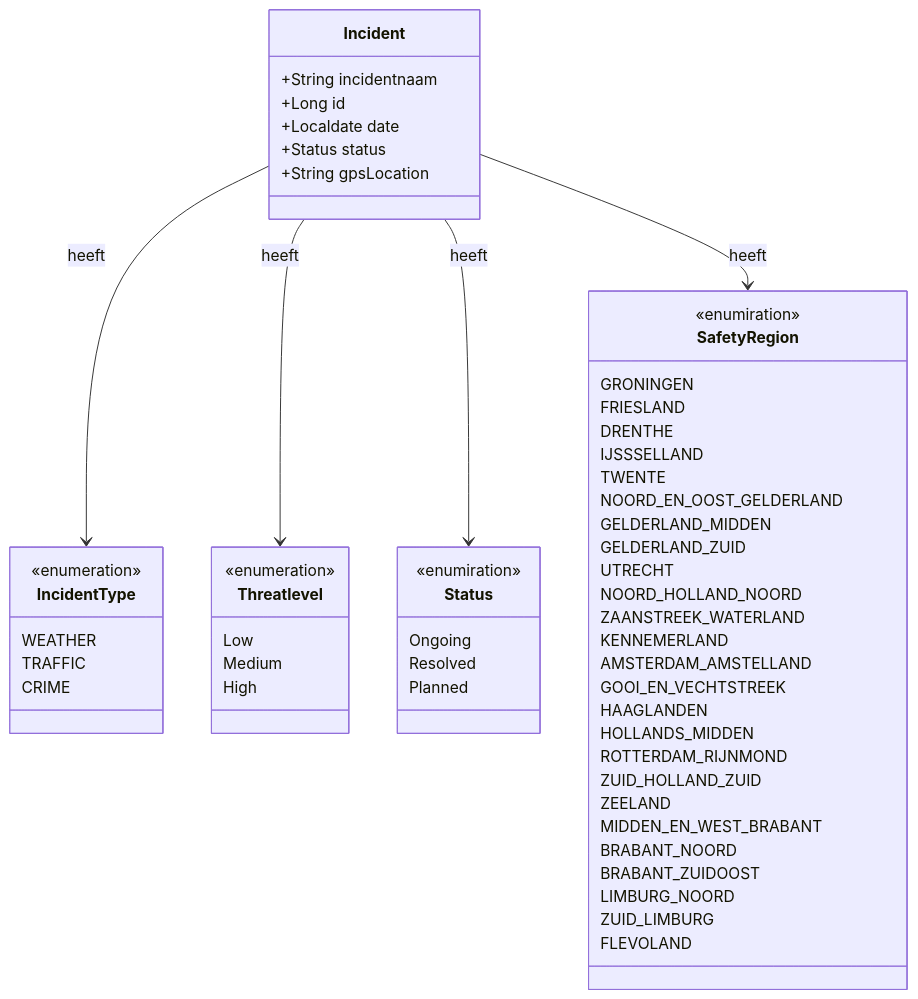
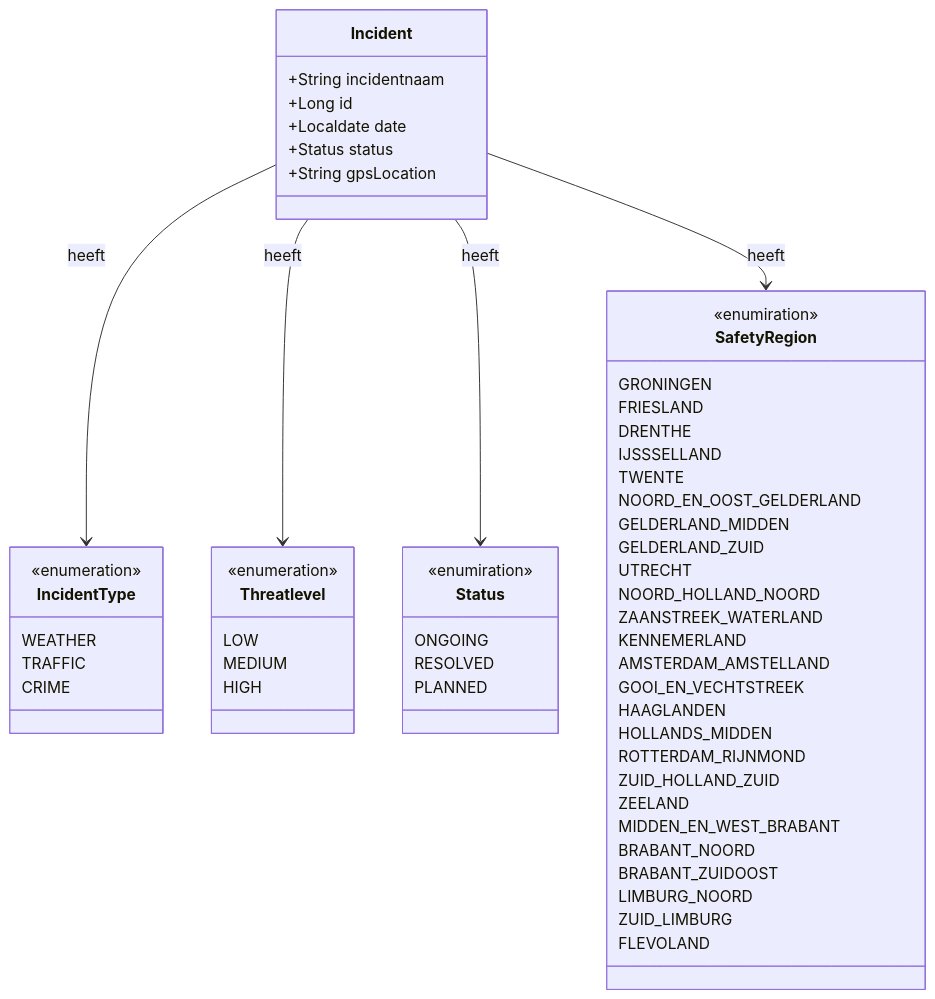
The diagram in documentatie/UML-diagram.md (Broken-Lad/Smart-city-incident-response-platform), drawn with Mermaid before and after one commit.

````diff
--- a/documentatie/UML-diagram.md
+++ b/documentatie/UML-diagram.md
@@ -1,65 +1,65 @@
 ```mermaid
 classDiagram
     class Incident {
         +String incidentnaam
         +Long id
         +Localdate date
         +Status status
         +String gpsLocation
     }
 
     class IncidentType {
         <<enumeration>> 
         WEATHER
         TRAFFIC
         CRIME
     }
 
     class Threatlevel {
         <<enumeration>>
-        Low
-        Medium
-        High
+        LOW
+        MEDIUM
+        HIGH
     }
 
     class Status {
         <<enumiration>>
-        Ongoing
-        Resolved
-        Planned
+        ONGOING
+        RESOLVED
+        PLANNED
     }
 
     class SafetyRegion {
         <<enumiration>>
         GRONINGEN
         FRIESLAND
         DRENTHE
         IJSSSELLAND
         TWENTE
         NOORD_EN_OOST_GELDERLAND
         GELDERLAND_MIDDEN
         GELDERLAND_ZUID
         UTRECHT
         NOORD_HOLLAND_NOORD
         ZAANSTREEK_WATERLAND
         KENNEMERLAND
         AMSTERDAM_AMSTELLAND
         GOOI_EN_VECHTSTREEK
         HAAGLANDEN
         HOLLANDS_MIDDEN
         ROTTERDAM_RIJNMOND
         ZUID_HOLLAND_ZUID
         ZEELAND
         MIDDEN_EN_WEST_BRABANT
         BRABANT_NOORD
         BRABANT_ZUIDOOST
         LIMBURG_NOORD
         ZUID_LIMBURG
         FLEVOLAND
     }
 
     Incident --> IncidentType : heeft
     Incident --> Threatlevel : heeft
     Incident --> Status : heeft
     Incident --> SafetyRegion : heeft
 ```
````
